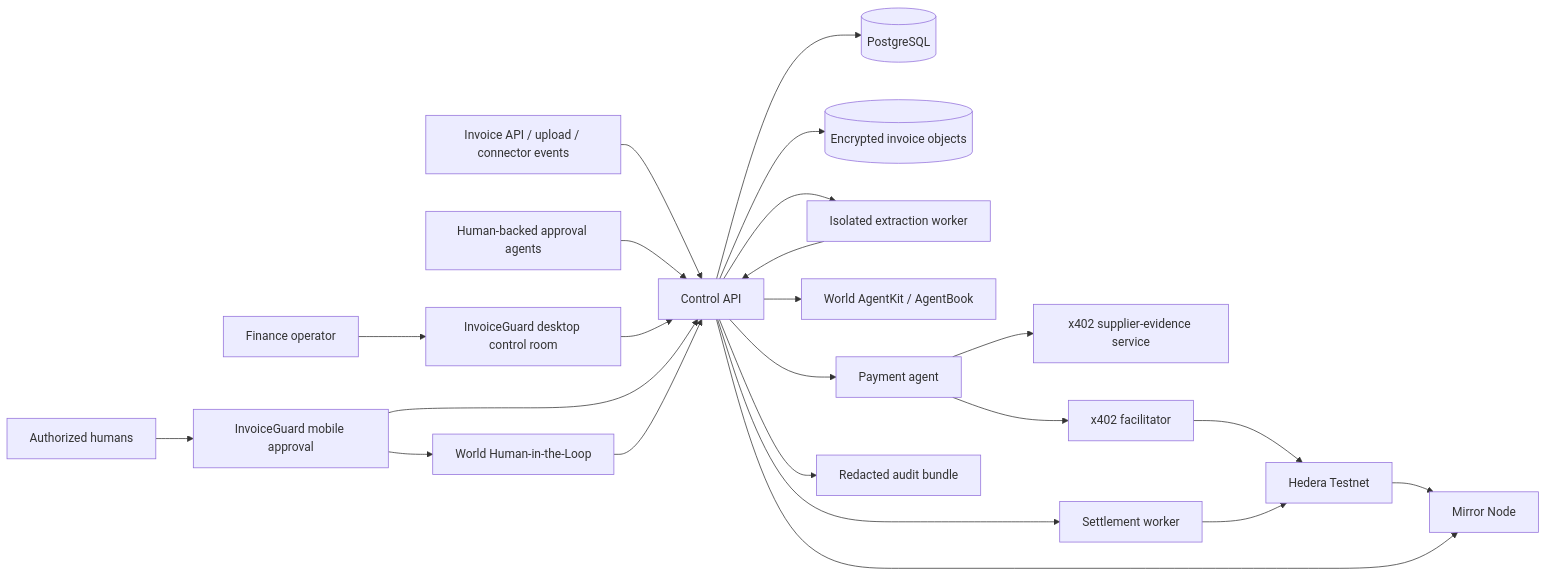
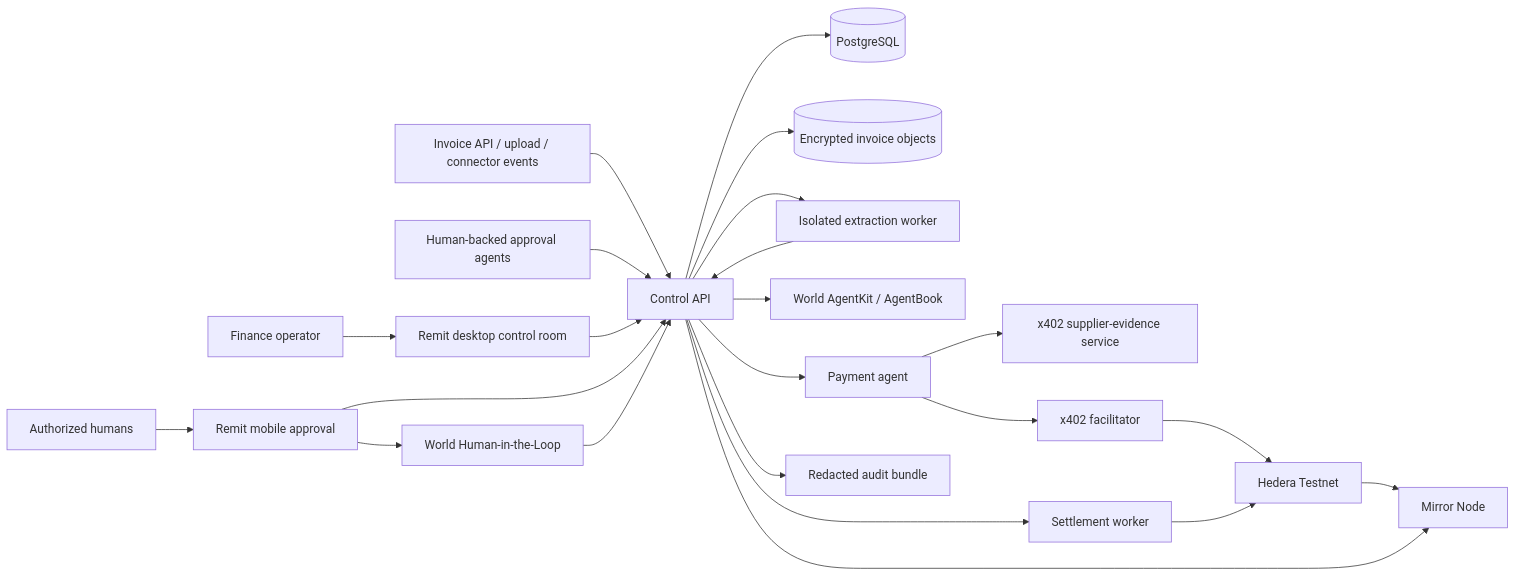
Before and after one commit to Lyons800/remit: the first of 4 diagrams in docs/architecture/SYSTEM-ARCHITECTURE.md, drawn with Mermaid. The commit also changed other lines of this file and 93 other files, not shown here.

First line of the commit message:
rename: InvoiceGuard -> Remit everywhere the brand appears

````diff
--- a/docs/architecture/SYSTEM-ARCHITECTURE.md
+++ b/docs/architecture/SYSTEM-ARCHITECTURE.md
@@ -25,25 +25,25 @@
 ```mermaid
 flowchart LR
   Sources["Invoice API / upload / connector events"] --> API["Control API"]
-  Operator["Finance operator"] --> Web["InvoiceGuard desktop control room"]
-  Humans["Authorized humans"] --> Mobile["InvoiceGuard mobile approval"]
+  Operator["Finance operator"] --> Web["Remit desktop control room"]
+  Humans["Authorized humans"] --> Mobile["Remit mobile approval"]
   Mobile --> WorldHITL["World Human-in-the-Loop"]
   Delegates["Human-backed approval agents"] --> API
   Web --> API
   Mobile --> API
   API --> DB[("PostgreSQL")]
   API --> Objects[("Encrypted invoice objects")]
   API --> Extractor["Isolated extraction worker"]
   Extractor --> API
   API --> World["World AgentKit / AgentBook"]
   WorldHITL --> API
   API --> Buyer["Payment agent"]
   Buyer --> Verifier["x402 supplier-evidence service"]
   Buyer --> Facilitator["x402 facilitator"]
   API --> Worker["Settlement worker"]
   Facilitator --> Hedera["Hedera Testnet"]
   Worker --> Hedera
   Hedera --> Mirror["Mirror Node"]
   API --> Mirror
   API --> Audit["Redacted audit bundle"]
 ```
````
